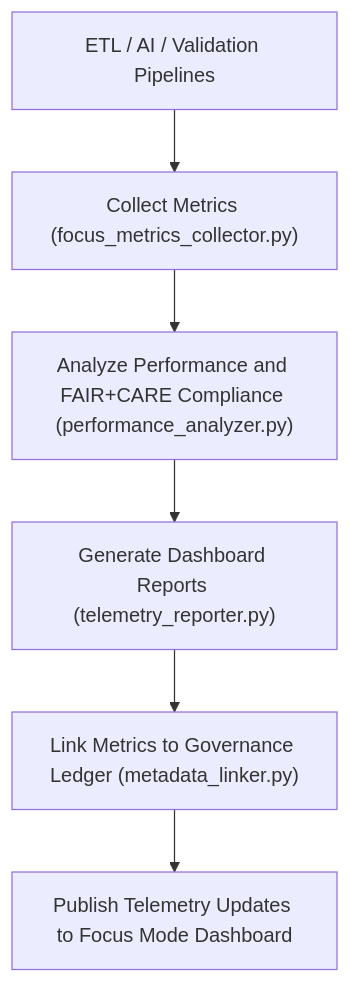
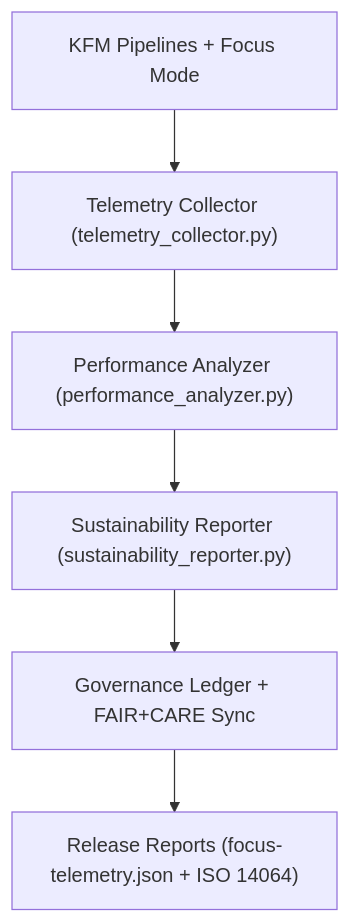
One commit to bartytime4life/Kansas-Frontier-Matrix changed the diagram in tools/telemetry/README.md. Above: the diagram before and after it, drawn with Mermaid. The commit also changed other lines of this file, not shown here.

First line of the commit message:
Update telemetry tools README for v9.6.0

````diff
--- a/tools/telemetry/README.md
+++ b/tools/telemetry/README.md
@@ -69,8 +64,8 @@
 ```mermaid
 flowchart TD
-    A["ETL / AI / Validation Pipelines"] --> B["Collect Metrics (focus_metrics_collector.py)"]
-    B --> C["Analyze Performance and FAIR+CARE Compliance (performance_analyzer.py)"]
-    C --> D["Generate Dashboard Reports (telemetry_reporter.py)"]
-    D --> E["Link Metrics to Governance Ledger (metadata_linker.py)"]
-    E --> F["Publish Telemetry Updates to Focus Mode Dashboard"]
+    A["KFM Pipelines + Focus Mode"] --> B["Telemetry Collector (telemetry_collector.py)"]
+    B --> C["Performance Analyzer (performance_analyzer.py)"]
+    C --> D["Sustainability Reporter (sustainability_reporter.py)"]
+    D --> E["Governance Ledger + FAIR+CARE Sync"]
+    E --> F["Release Reports (focus-telemetry.json + ISO 14064)"]
 ```
````
